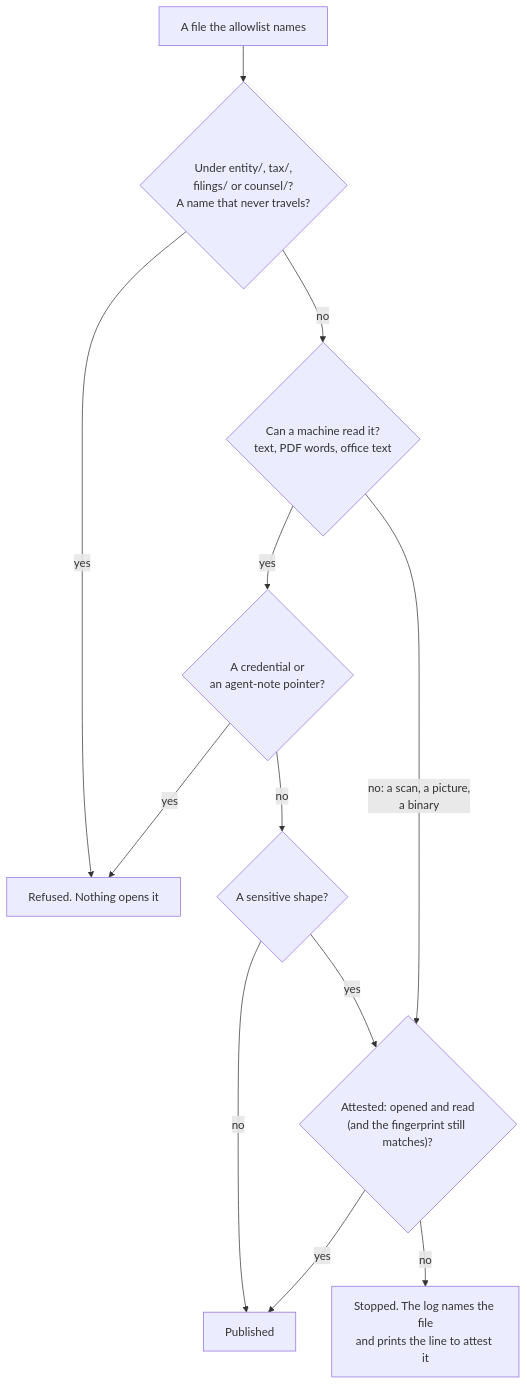
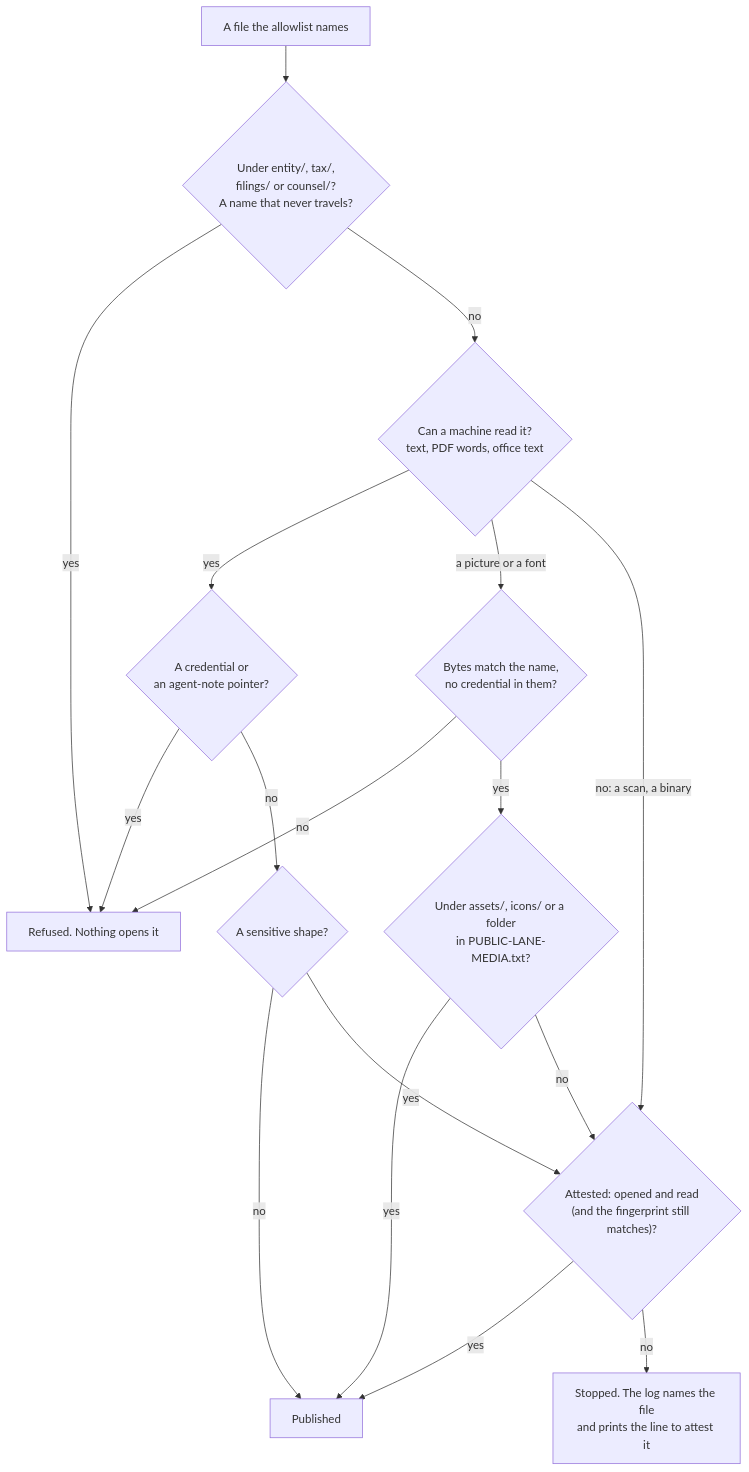
The second of 3 diagrams in sop-template/repo/OPS/SOP-OPS-003-private-houses-everything-public-lanes-witness.md (drasticstatic/my-template), drawn with Mermaid before and after one commit. The commit also changed other lines of this file and 15 other files, not shown here.

First line of the commit message:
:sparkles: feat(tripwire): PUBLIC-LANE-MEDIA.txt, folders a person chose to show, and base64 that is read

````diff
--- a/sop-template/repo/OPS/SOP-OPS-003-private-houses-everything-public-lanes-witness.md
+++ b/sop-template/repo/OPS/SOP-OPS-003-private-houses-everything-public-lanes-witness.md
@@ -110,14 +141,19 @@
 ```mermaid
 flowchart TD
     A["A file the allowlist names"] --> B{"Under entity/, tax/,<br/>filings/ or counsel/?<br/>A name that never travels?"}
     B -- yes --> R["Refused. Nothing opens it"]
     B -- no --> C{"Can a machine read it?<br/>text, PDF words, office text"}
     C -- "yes" --> D{"A credential or<br/>an agent-note pointer?"}
     D -- yes --> R
     D -- no --> E{"A sensitive shape?"}
     E -- no --> P["Published"]
-    C -- "no: a scan, a picture,<br/>a binary" --> F{"Attested: opened and read<br/>(and the fingerprint still matches)?"}
+    C -- "a picture or a font" --> M{"Bytes match the name,<br/>no credential in them?"}
+    M -- no --> R
+    M -- yes --> L{"Under assets/, icons/ or a folder<br/>in PUBLIC-LANE-MEDIA.txt?"}
+    L -- yes --> P
+    L -- no --> F
+    C -- "no: a scan, a binary" --> F{"Attested: opened and read<br/>(and the fingerprint still matches)?"}
     E -- yes --> F
     F -- yes --> P
     F -- no --> S["Stopped. The log names the file<br/>and prints the line to attest it"]
 ```
````
